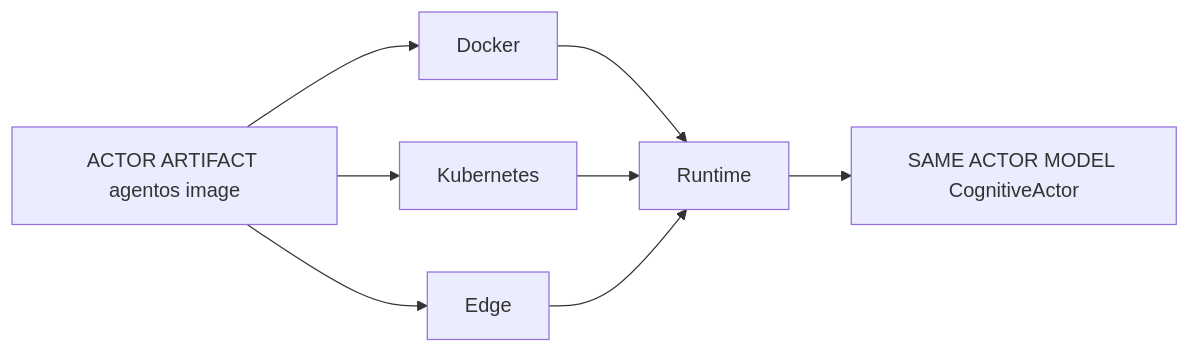
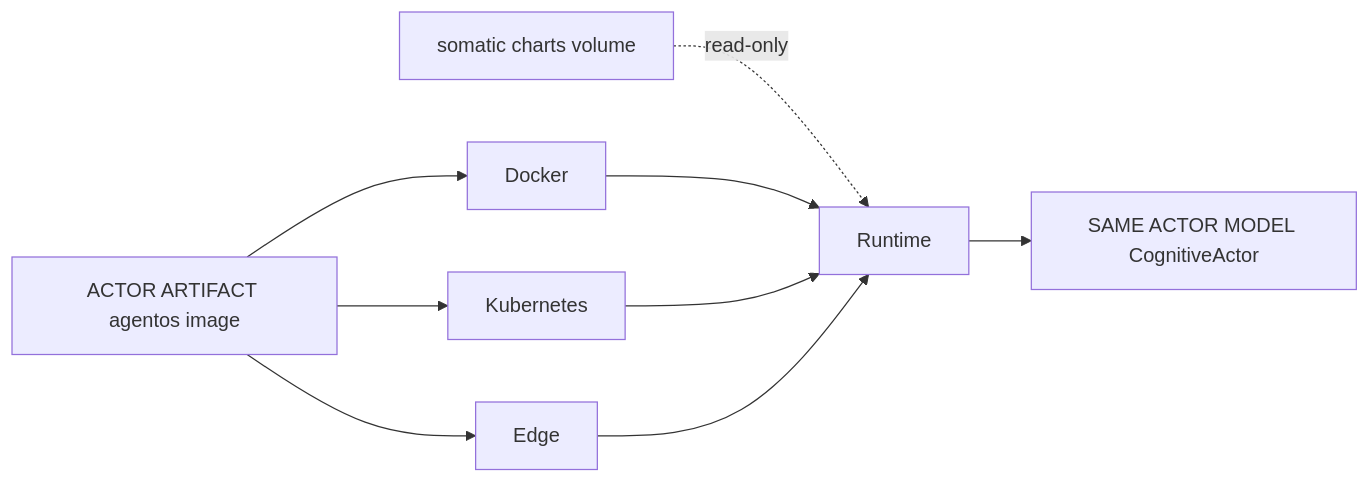
One commit to monkeypatched-stack/cogitive-os changed the ninth of 25 diagrams in docs/DIAGRAMS.md. Above: the diagram before and after it, drawn with Mermaid. The commit also changed other lines of this file, not shown here.

Commit message:
adding diagrams

````diff
--- a/docs/DIAGRAMS.md
+++ b/docs/DIAGRAMS.md
@@ -383,17 +460,19 @@
 ```mermaid
 flowchart LR
     Art["ACTOR ARTIFACT agentos image"]
+    Charts["somatic charts volume"]
     D["Docker"]
     K["Kubernetes"]
     E["Edge"]
     RT["Runtime"]
     Same["SAME ACTOR MODEL CognitiveActor"]
 
+    Charts -.->|read-only| RT
     Art --> D
     Art --> K
     Art --> E
     D --> RT
     K --> RT
     E --> RT
     RT --> Same
 ```
````
